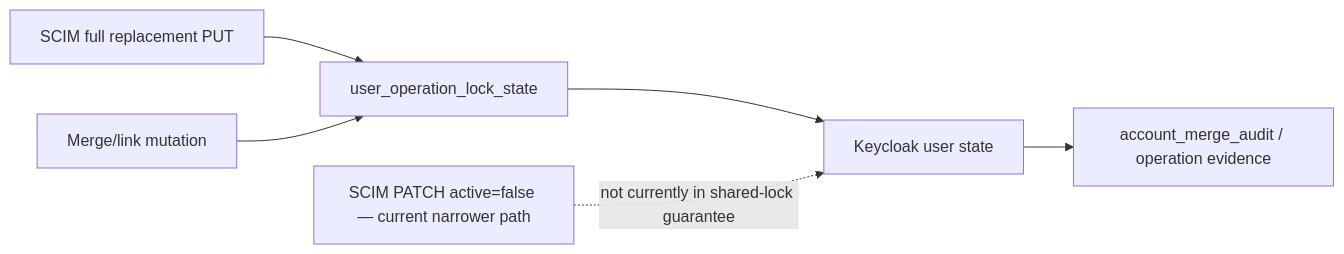
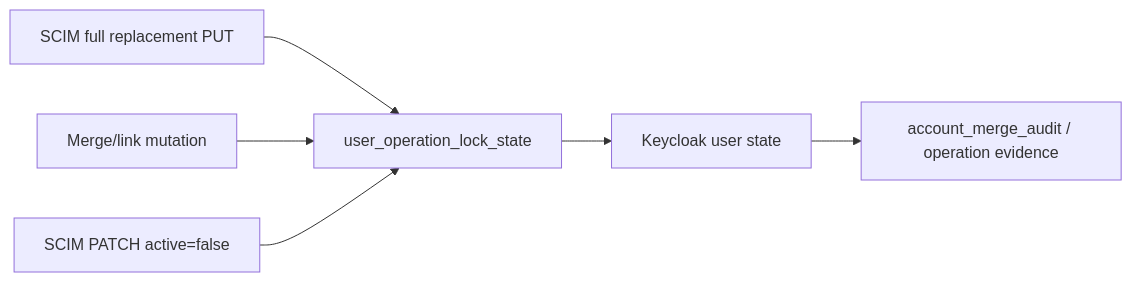
Before and after one commit to ContextualWisdomLab/keyverse: the sixth of 7 diagrams in docs/UML.md, drawn with Mermaid. The commit also changed other lines of this file and 16 other files, not shown here.

````diff
--- a/docs/UML.md
+++ b/docs/UML.md
@@ -133,15 +133,15 @@
 ```mermaid
 flowchart LR
     PUT[SCIM full replacement PUT]
-    PATCH[SCIM PATCH active=false — current narrower path]
+    PATCH[SCIM PATCH active=false]
     MERGE[Merge/link mutation]
     LOCK[user_operation_lock_state]
     USER[Keycloak user state]
     AUDIT[account_merge_audit / operation evidence]
 
     PUT --> LOCK
     MERGE --> LOCK
     LOCK --> USER
-    PATCH -. not currently in shared-lock guarantee .-> USER
+    PATCH --> LOCK
     USER --> AUDIT
 ```
````
